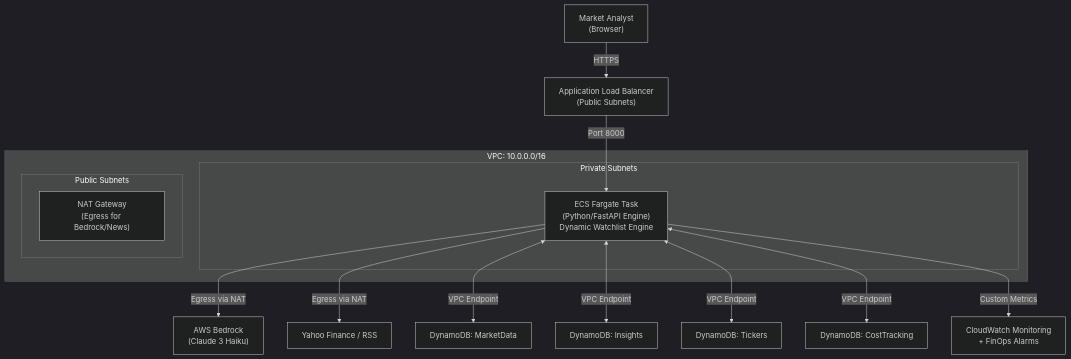
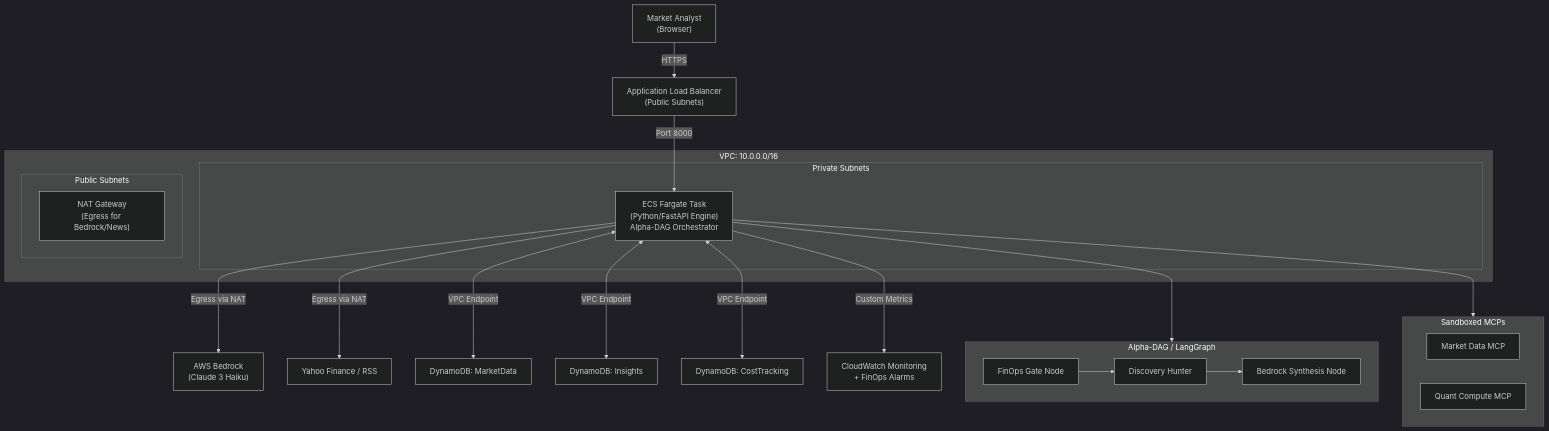
One commit to water-bear-dev/Cost-Aware-Market-Insights-Engine changed the diagram in system-design/system_overview.md. Above: the diagram before and after it, drawn with Mermaid (dark theme). The commit also changed other lines of this file and 9 other files, not shown here.

Commit message:
feat: finalize Alpha-DAG architecture, integrate institutional QMJ screener, and implement LangGraph-based discovery orchestration.

````diff
--- a/system-design/system_overview.md
+++ b/system-design/system_overview.md
@@ -8,25 +9,38 @@
 ```mermaid
 flowchart TB
   User["Market Analyst\n(Browser)"] -->|HTTPS| ALB["Application Load Balancer\n(Public Subnets)"]
   
   subgraph vpc [VPC: 10.0.0.0/16]
     subgraph privSub [Private Subnets]
-      Fargate["ECS Fargate Task\n(Python/FastAPI Engine)\nDynamic Watchlist Engine"]
+      Fargate["ECS Fargate Task\n(Python/FastAPI Engine)\nAlpha-DAG Orchestrator"]
     end
     
     subgraph pubSub [Public Subnets]
       NAT["NAT Gateway\n(Egress for Bedrock/News)"]
     end
   end
 
   ALB -->|Port 8000| Fargate
+  
+  subgraph DAG [Alpha-DAG / LangGraph]
+    FinOps[FinOps Gate Node] --> Hunter[Discovery Hunter]
+    Hunter --> Synthesis[Bedrock Synthesis Node]
+  end
+
+  Fargate --> DAG
   Fargate -->|"Egress via NAT"| Bedrock["AWS Bedrock\n(Claude 3 Haiku)"]
   Fargate -->|"Egress via NAT"| YahooFinance["Yahoo Finance / RSS"]
   
+  subgraph MCP [Sandboxed MCPs]
+    MarketMCP[Market Data MCP]
+    QuantMCP[Quant Compute MCP]
+  end
+
+  Fargate --> MCP
+  
   Fargate <-->|"VPC Endpoint"| DDB_Market["DynamoDB: MarketData"]
   Fargate <-->|"VPC Endpoint"| DDB_Insights["DynamoDB: Insights"]
-  Fargate <-->|"VPC Endpoint"| DDB_Tickers["DynamoDB: Tickers"]
   Fargate <-->|"VPC Endpoint"| DDB_Costs["DynamoDB: CostTracking"]
   
   Fargate -->|Custom Metrics| CW["CloudWatch Monitoring\n+ FinOps Alarms"]
 ```
````
